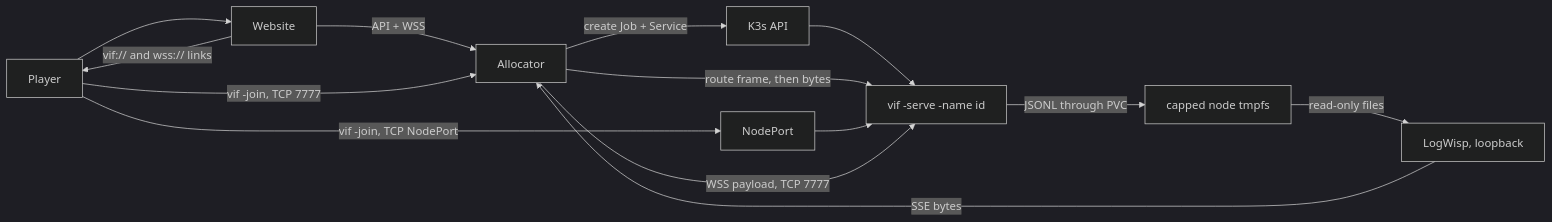
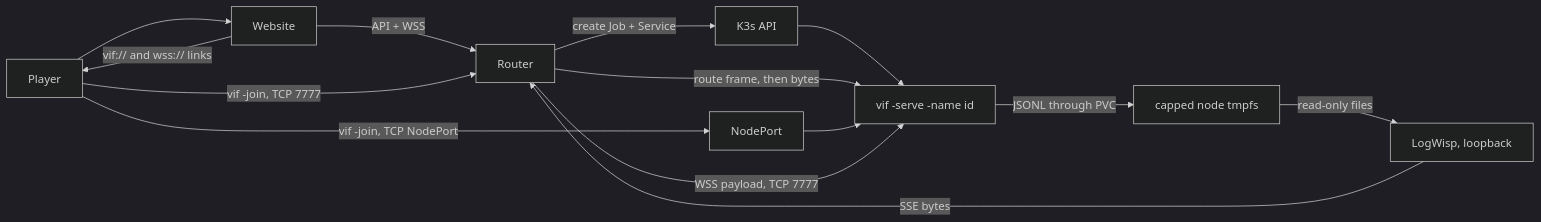
The diagram in doc/kubernetes-fleet.md (lixenwraith/vif), drawn with Mermaid (dark theme) before and after one commit. The commit also changed other lines of this file and 125 other files, not shown here.

````diff
--- a/doc/kubernetes-fleet.md
+++ b/doc/kubernetes-fleet.md
@@ -29,15 +29,15 @@
 ```mermaid
 flowchart LR
     Player["Player"] --> Site["Website"]
-    Site -->|"API + WSS"| Alloc["Allocator"]
+    Site -->|"API + WSS"| Alloc["Router"]
     Alloc -->|"create Job + Service"| API["K3s API"]
     API --> Pod["vif -serve -name id"]
     Site -->|"vif:// and wss:// links"| Player
     Player -->|"vif -join, TCP 7777"| Alloc
     Alloc -->|"route frame, then bytes"| Pod
     Player -->|"vif -join, TCP NodePort"| NP["NodePort"] --> Pod
     Alloc -->|"WSS payload, TCP 7777"| Pod
     Pod -->|"JSONL through PVC"| Logs["capped node tmpfs"]
     Logs -->|"read-only files"| Wisp["LogWisp, loopback"]
     Wisp -->|"SSE bytes"| Alloc
 ```
````
